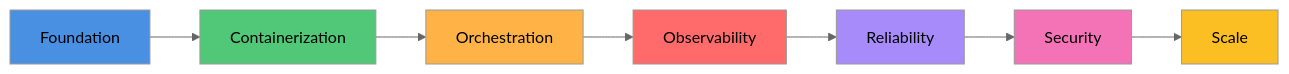
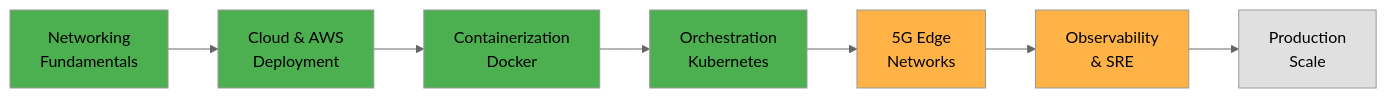
Before and after one commit to Yohan-Senadheera/Personal-Portfolio: the second of 2 diagrams in README.md, drawn with Mermaid (neutral theme). The commit also changed other lines of this file, not shown here.

````diff
--- a/README.md
+++ b/README.md
@@ -349,17 +471,17 @@
 ```mermaid
 graph LR
-    A[Foundation] --> B[Containerization]
-    B --> C[Orchestration]
-    C --> D[Observability]
-    D --> E[Reliability]
-    E --> F[Security]
-    F --> G[Scale]
+    A[Networking<br/>Fundamentals] --> B[Cloud & AWS<br/>Deployment]
+    B --> C[Containerization<br/>Docker]
+    C --> D[Orchestration<br/>Kubernetes]
+    D --> E[5G Edge<br/>Networks]
+    E --> F[Observability<br/>& SRE]
+    F --> G[Production<br/>Scale]
     
-    style A fill:#4A90E2
-    style B fill:#50C878
-    style C fill:#FFB347
-    style D fill:#FF6B6B
-    style E fill:#A78BFA
-    style F fill:#F472B6
-    style G fill:#FBBF24
+    style A fill:#4CAF50
+    style B fill:#4CAF50
+    style C fill:#4CAF50
+    style D fill:#4CAF50
+    style E fill:#FFB347
+    style F fill:#FFB347
+    style G fill:#E0E0E0
 ```
````
